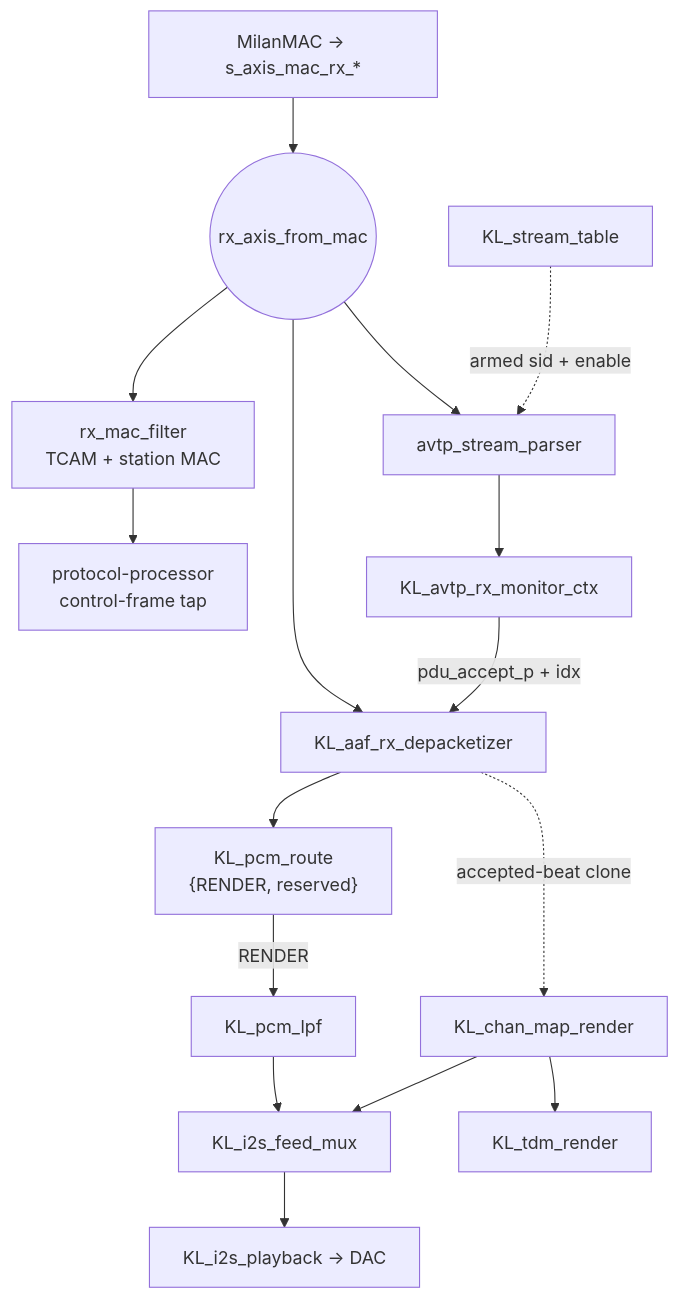
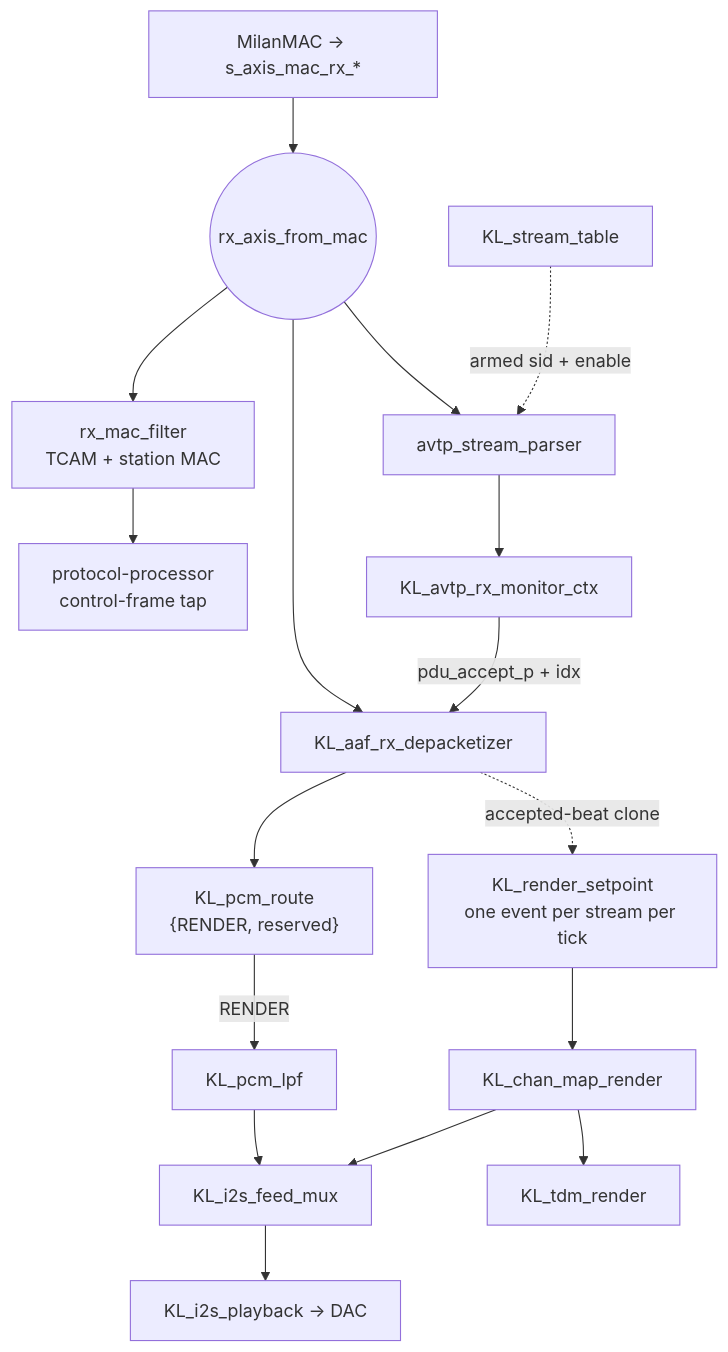
The second of 2 diagrams in docs/fpga/DATAPLANE_WALKTHROUGH.md (kebag-logic/milan-fpga), drawn with Mermaid before and after one commit. The commit also changed 19 other files, not shown here.

Commit message:
Hold the TDM render path at a constant setpoint latency (#386)

````diff
--- a/docs/fpga/DATAPLANE_WALKTHROUGH.md
+++ b/docs/fpga/DATAPLANE_WALKTHROUGH.md
@@ -140,18 +140,19 @@
 ```mermaid
 flowchart TB
     MAC["MilanMAC → s_axis_mac_rx_*"] --> TEE(("rx_axis_from_mac"))
     TEE --> FILT["rx_mac_filter<br/>TCAM + station MAC"]
     FILT --> CTRL["protocol-processor<br/>control-frame tap"]
     TEE --> PARSE["avtp_stream_parser"]
     TBL["KL_stream_table"] -.->|"armed sid + enable"| PARSE
     PARSE --> MON["KL_avtp_rx_monitor_ctx"]
     TEE --> DEPKT["KL_aaf_rx_depacketizer"]
     MON -->|"pdu_accept_p + idx"| DEPKT
     DEPKT --> ROUTE["KL_pcm_route<br/>{RENDER, reserved}"]
     ROUTE -->|RENDER| LPF["KL_pcm_lpf"]
     LPF --> FMUX["KL_i2s_feed_mux"]
     FMUX --> I2S["KL_i2s_playback → DAC"]
-    DEPKT -.->|"accepted-beat clone"| RMAP["KL_chan_map_render"]
+    DEPKT -.->|"accepted-beat clone"| RSP["KL_render_setpoint<br/>one event per stream per tick"]
+    RSP --> RMAP["KL_chan_map_render"]
     RMAP --> FMUX
     RMAP --> TDM["KL_tdm_render"]
 ```
````
